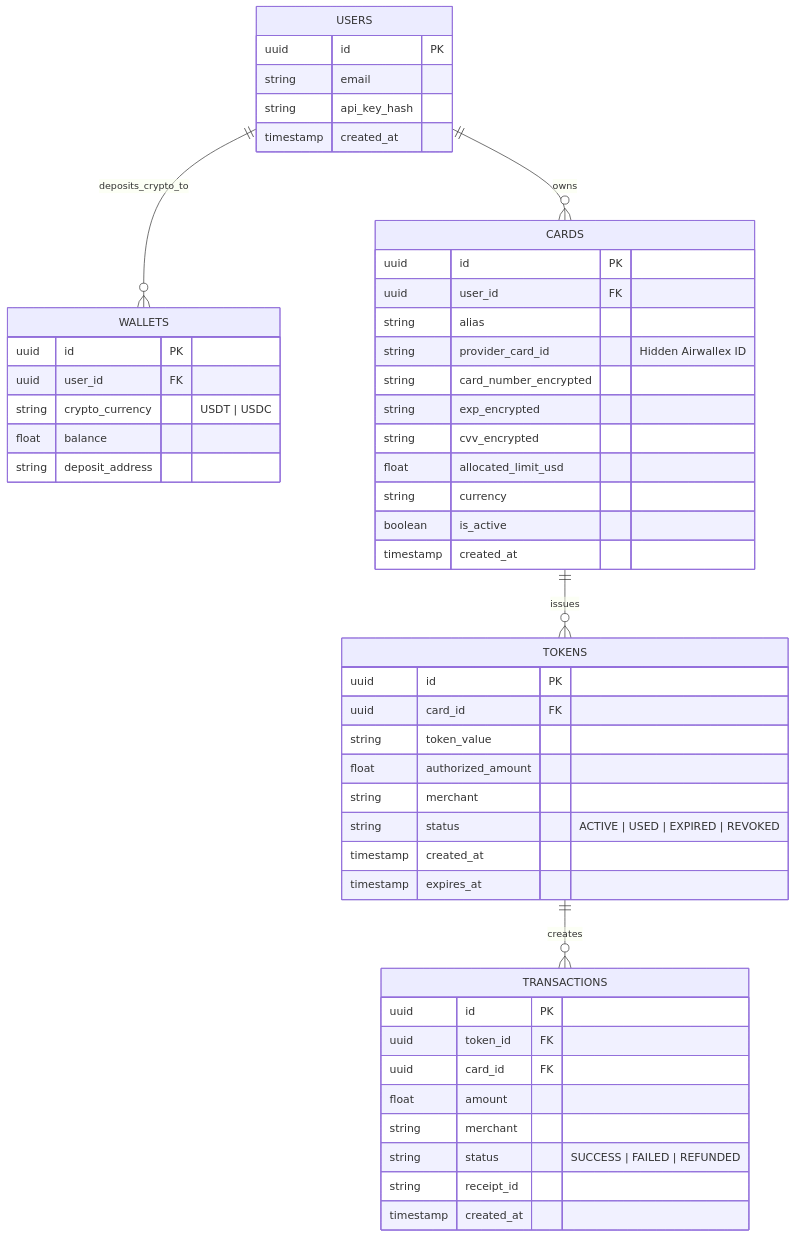
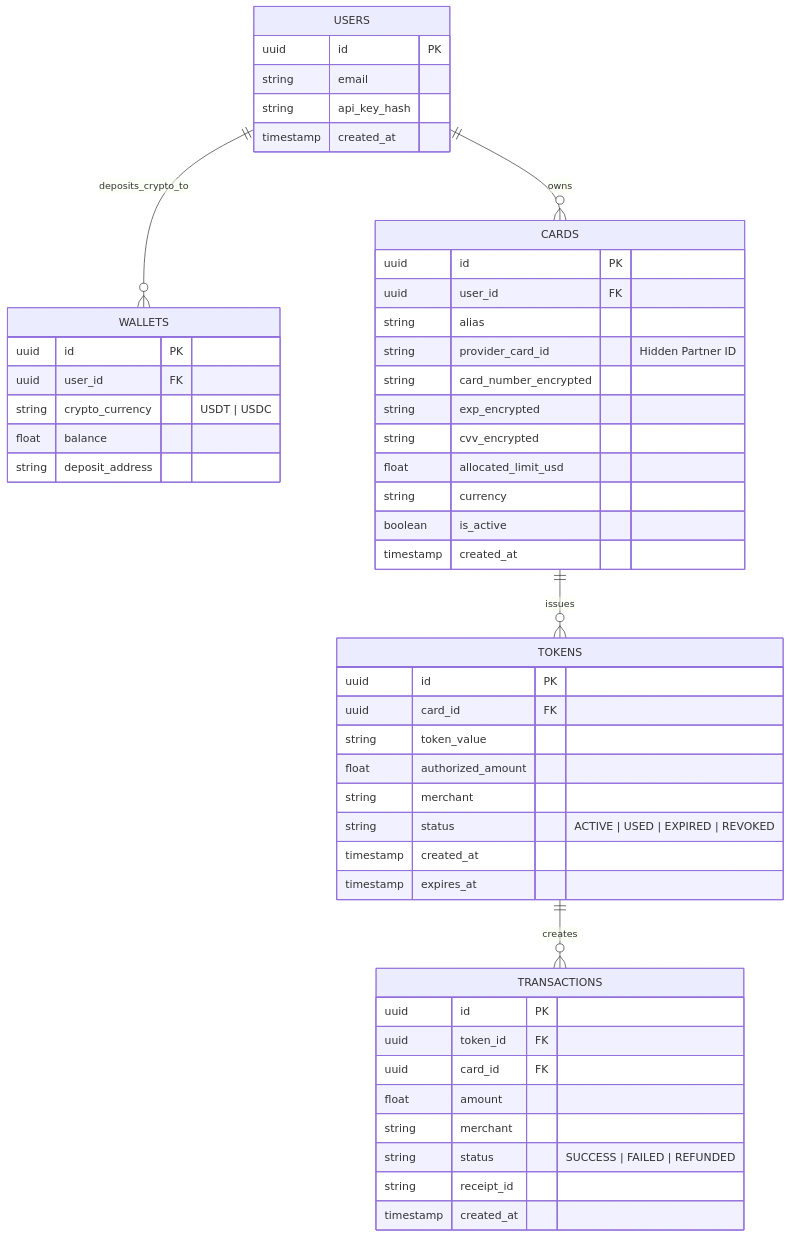
One commit to Dempty-glitch/ai-card-mcp changed the first of 2 diagrams in docs/backend_architecture.md. Above: the diagram before and after it, drawn with Mermaid. The commit also changed other lines of this file and 2 other files, not shown here.

Commit message:
docs: Sanitize trade secrets and translate web platform flow to English

````diff
--- a/docs/backend_architecture.md
+++ b/docs/backend_architecture.md
@@ -14,58 +14,58 @@
 ```mermaid
 erDiagram
     USERS ||--o{ WALLETS : "deposits_crypto_to"
     USERS ||--o{ CARDS : "owns"
     CARDS ||--o{ TOKENS : "issues"
     TOKENS ||--o{ TRANSACTIONS : "creates"
 
     USERS {
         uuid id PK
         string email
         string api_key_hash
         timestamp created_at
     }
 
     WALLETS {
         uuid id PK
         uuid user_id FK
         string crypto_currency "USDT | USDC"
         float balance
         string deposit_address
     }
 
     CARDS {
         uuid id PK
         uuid user_id FK
         string alias
-        string provider_card_id "Hidden Airwallex ID"
+        string provider_card_id "Hidden Partner ID"
         string card_number_encrypted
         string exp_encrypted
         string cvv_encrypted
         float allocated_limit_usd
         string currency
         boolean is_active
         timestamp created_at
     }
 
     TOKENS {
         uuid id PK
         uuid card_id FK
         string token_value
         float authorized_amount
         string merchant
         string status "ACTIVE | USED | EXPIRED | REVOKED"
         timestamp created_at
         timestamp expires_at
     }
 
     TRANSACTIONS {
         uuid id PK
         uuid token_id FK
         uuid card_id FK
         float amount
         string merchant
         string status "SUCCESS | FAILED | REFUNDED"
         string receipt_id
         timestamp created_at
     }
 ```
````
